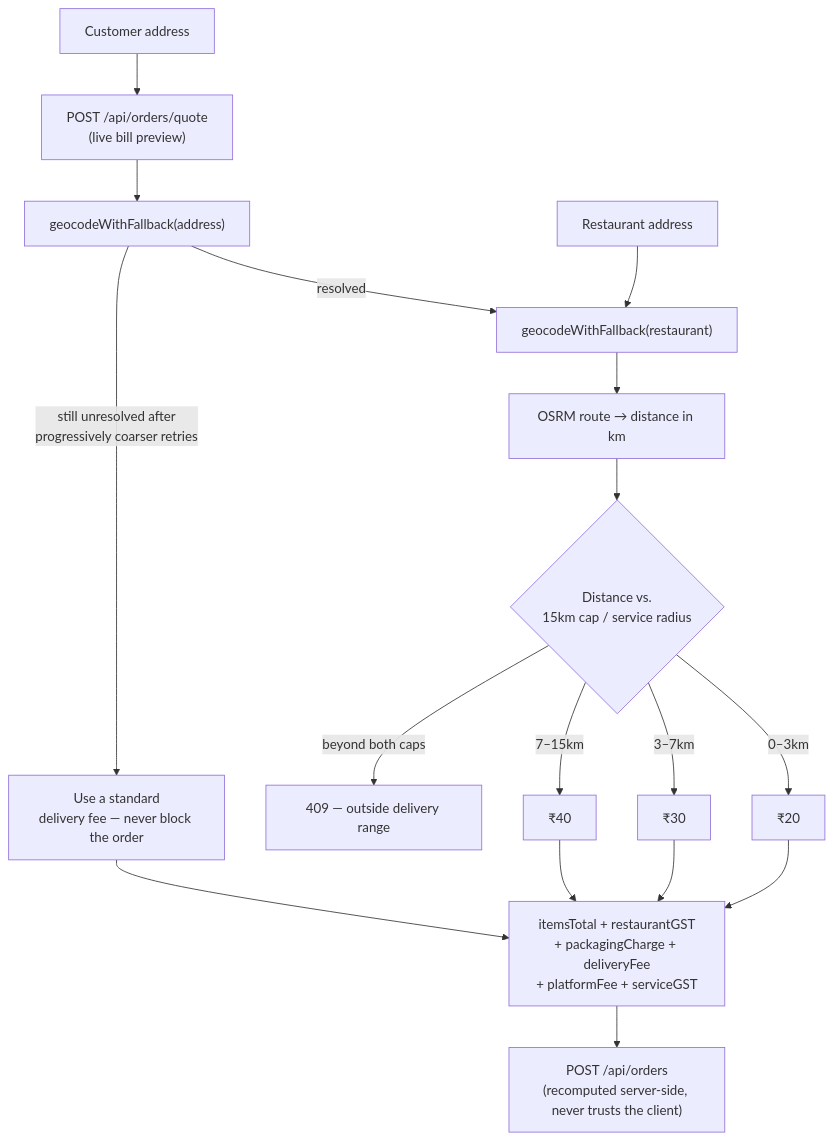
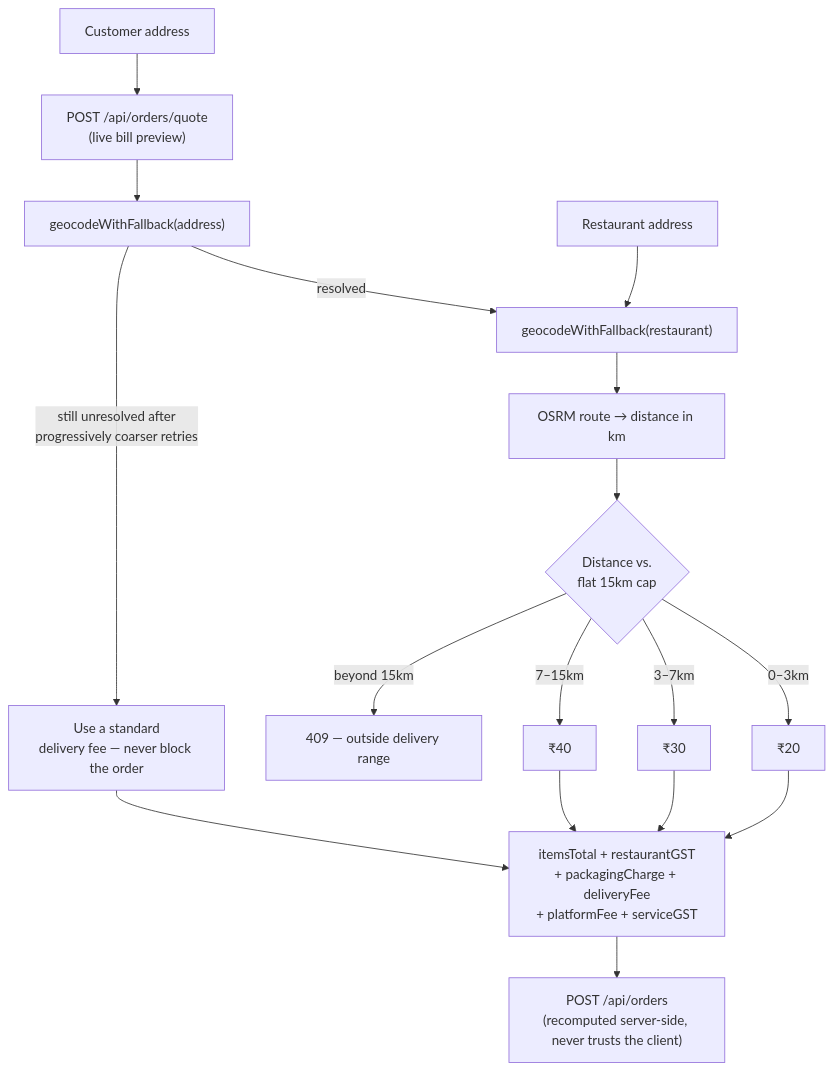
The fourth of 5 diagrams in README.md (titoo9201/ZomaFeeds), drawn with Mermaid before and after one commit. The commit also changed other lines of this file and 11 other files, not shown here.

````diff
--- a/README.md
+++ b/README.md
@@ -382,16 +381,16 @@
 ```mermaid
 flowchart TD
     Address["Customer address"] --> Quote["POST /api/orders/quote<br/>(live bill preview)"]
     Quote --> Geo1["geocodeWithFallback(address)"]
     Geo1 -->|resolved| Geo2
     Geo1 -->|still unresolved after<br/>progressively coarser retries| Default["Use a standard<br/>delivery fee — never block the order"]
     RestAddr["Restaurant address"] --> Geo2["geocodeWithFallback(restaurant)"]
     Geo2 --> Route["OSRM route → distance in km"]
-    Route --> Slab{"Distance vs.<br/>15km cap / service radius"}
+    Route --> Slab{"Distance vs.<br/>flat 15km cap"}
     Slab -->|"0–3km"| Fee20["₹20"]
     Slab -->|"3–7km"| Fee30["₹30"]
     Slab -->|"7–15km"| Fee40["₹40"]
-    Slab -->|"beyond both caps"| Reject["409 — outside delivery range"]
+    Slab -->|"beyond 15km"| Reject["409 — outside delivery range"]
     Fee20 & Fee30 & Fee40 & Default --> Bill["itemsTotal + restaurantGST<br/>+ packagingCharge + deliveryFee<br/>+ platformFee + serviceGST"]
     Bill --> PlaceOrder["POST /api/orders<br/>(recomputed server-side, never trusts the client)"]
 ```
````
